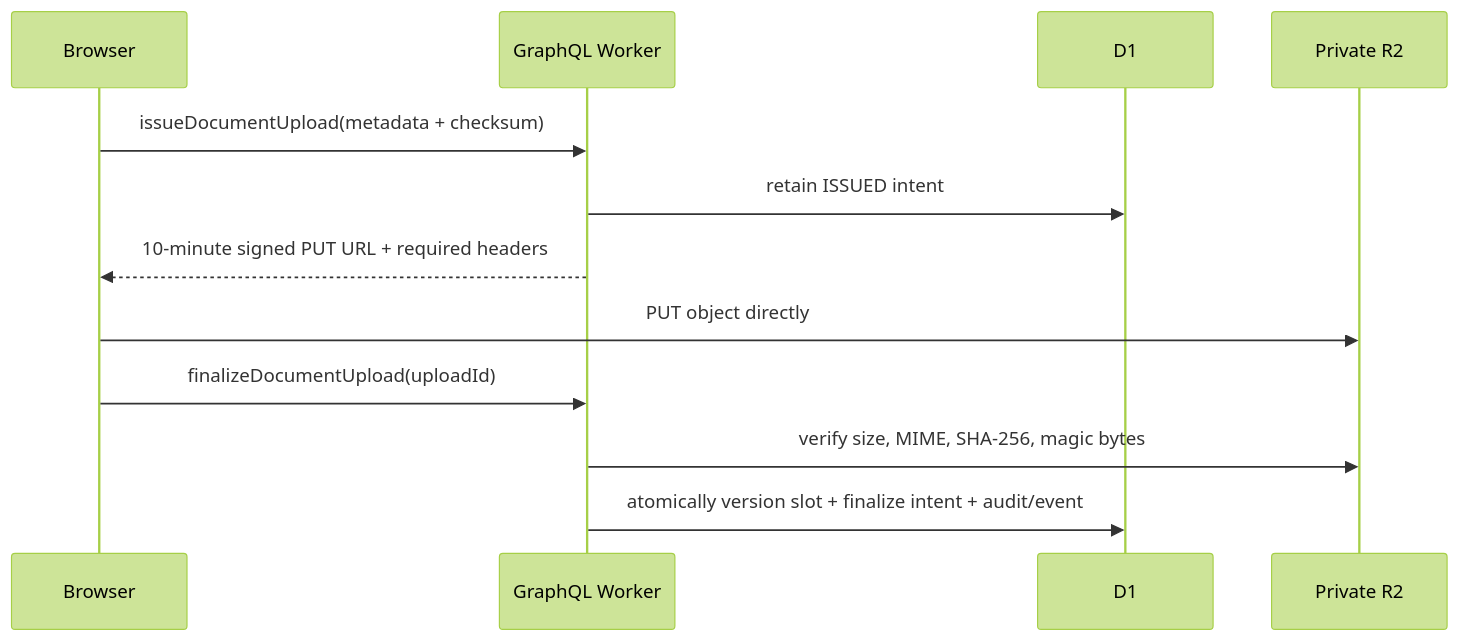
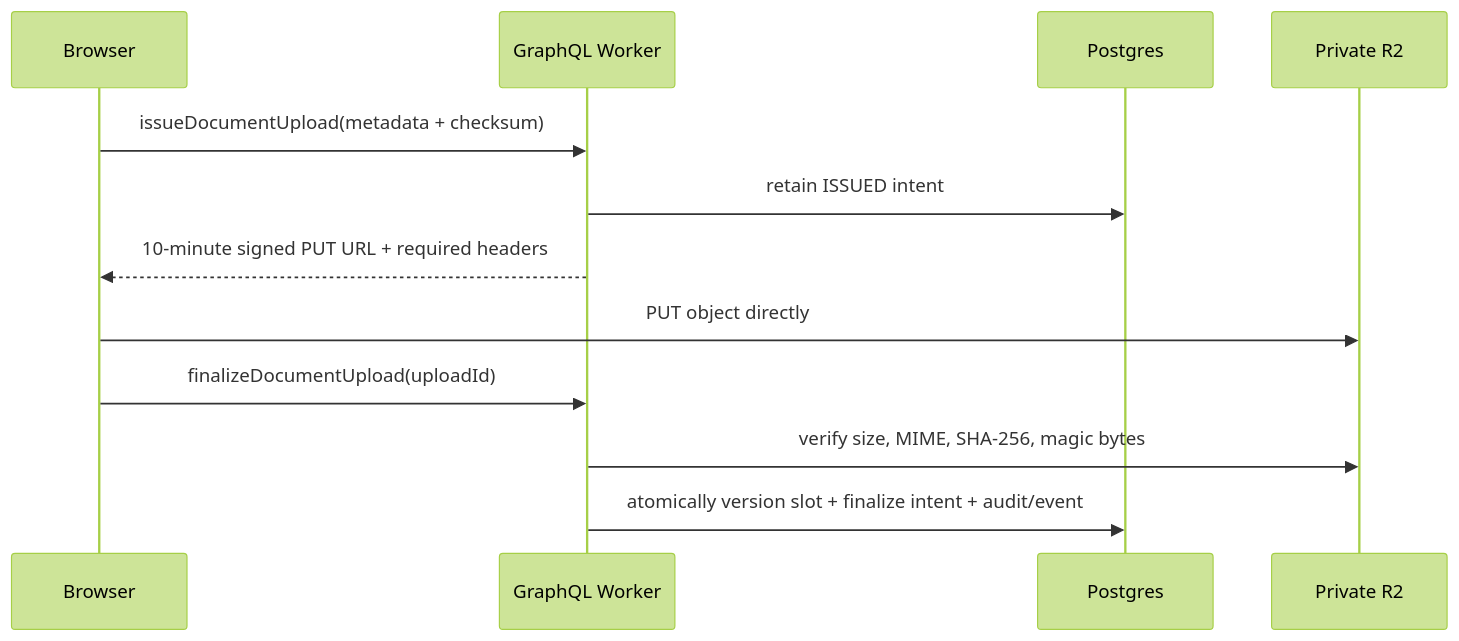
One commit to kuchuk-borom-debbarma/seb-backend changed the fifth of 5 diagrams in docs/application-guide.md. Above: the diagram before and after it, drawn with Mermaid (forest theme). The commit also changed other lines of this file and 399 other files, not shown here.

````diff
--- a/docs/application-guide.md
+++ b/docs/application-guide.md
@@ -245,14 +276,14 @@
 ```mermaid
 sequenceDiagram
   participant B as Browser
   participant G as GraphQL Worker
-  participant D as D1
+  participant D as Postgres
   participant R as Private R2
   B->>G: issueDocumentUpload(metadata + checksum)
   G->>D: retain ISSUED intent
   G-->>B: 10-minute signed PUT URL + required headers
   B->>R: PUT object directly
   B->>G: finalizeDocumentUpload(uploadId)
   G->>R: verify size, MIME, SHA-256, magic bytes
   G->>D: atomically version slot + finalize intent + audit/event
 ```
````
